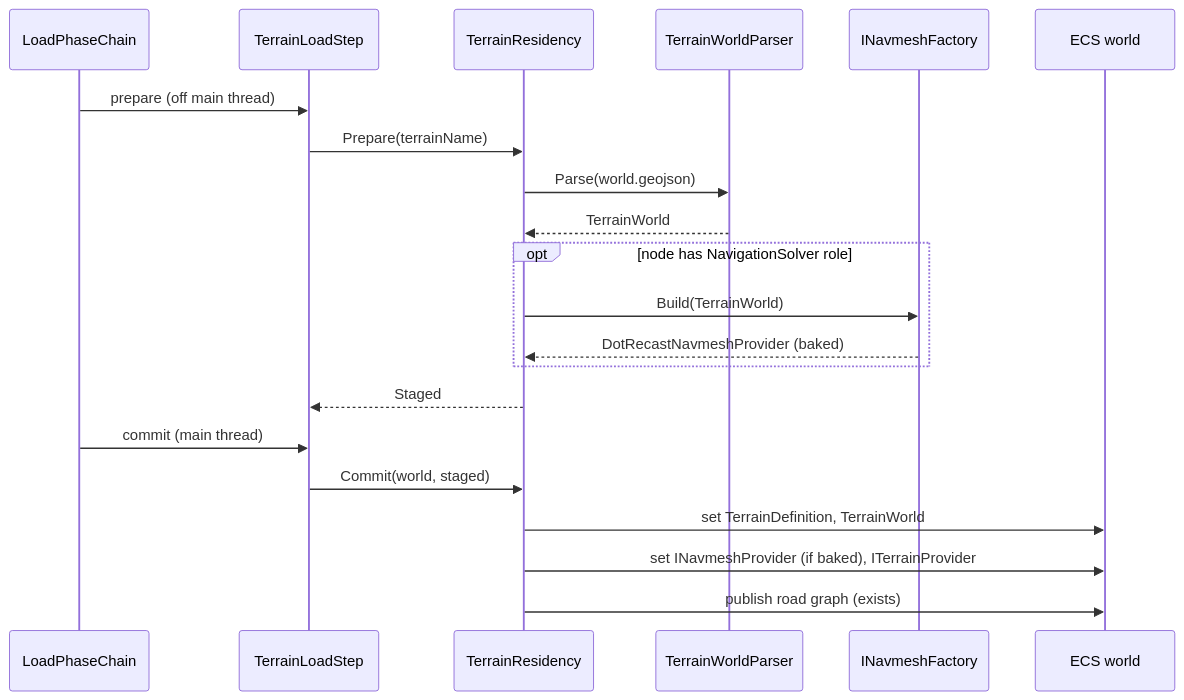
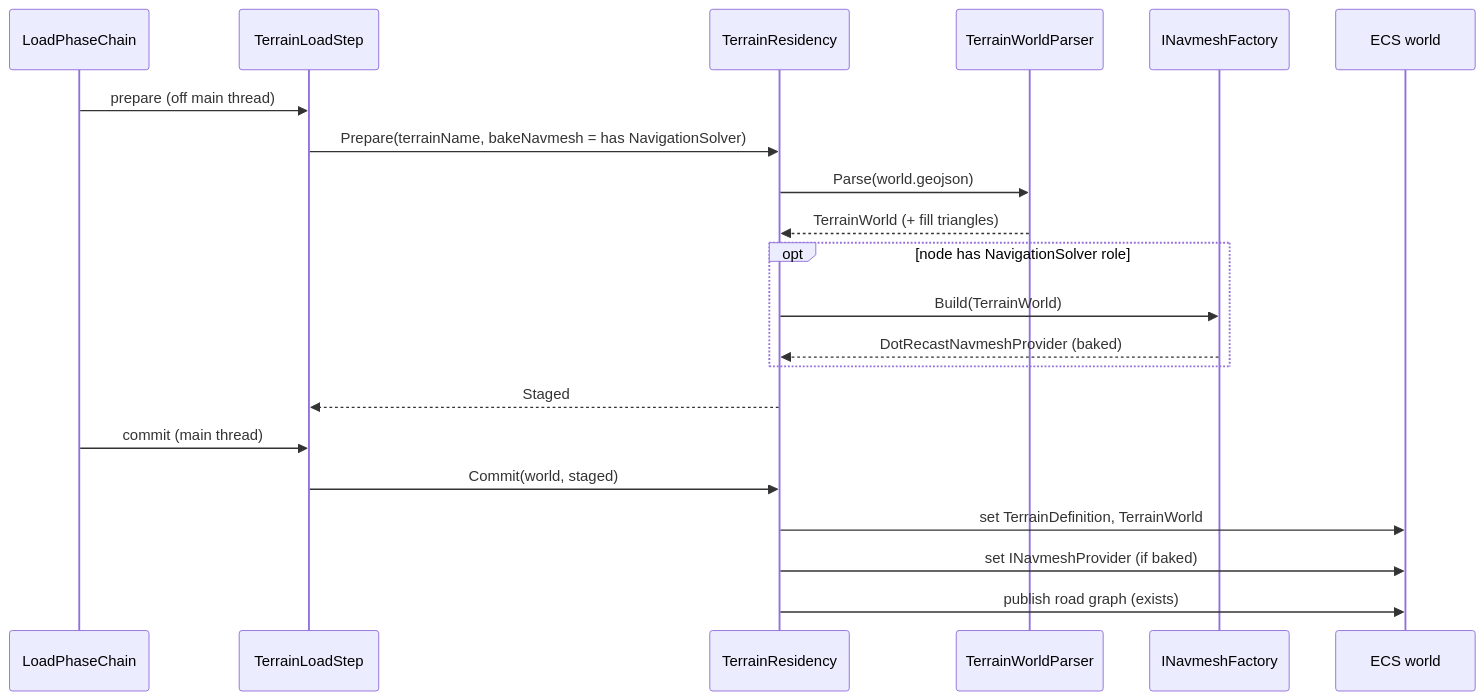
Before and after one commit to pjanec/HROT: the second of 5 diagrams in docs/DESIGN_Terrain_World.md, drawn with Mermaid. The commit also changed other lines of this file and 3 other files, not shown here.

First line of the commit message:
DESIGN_Terrain_World: fold the user's W rulings (R-182) — CGF=editor load+draw the world, filled triangles, posture eye height, Z-up nav APIs, movement model sets Z; CE-3013 (live route axis swap), CE-3014 filed

````diff
--- a/docs/DESIGN_Terrain_World.md
+++ b/docs/DESIGN_Terrain_World.md
@@ -173,23 +191,23 @@
 ```mermaid
 sequenceDiagram
   participant C as LoadPhaseChain
   participant S as TerrainLoadStep
   participant R as TerrainResidency
   participant P as TerrainWorldParser
   participant F as INavmeshFactory
   participant W as ECS world
   C->>S: prepare (off main thread)
-  S->>R: Prepare(terrainName)
+  S->>R: Prepare(terrainName, bakeNavmesh = has NavigationSolver)
   R->>P: Parse(world.geojson)
-  P-->>R: TerrainWorld
+  P-->>R: TerrainWorld (+ fill triangles)
   opt node has NavigationSolver role
     R->>F: Build(TerrainWorld)
     F-->>R: DotRecastNavmeshProvider (baked)
   end
   R-->>S: Staged
   C->>S: commit (main thread)
   S->>R: Commit(world, staged)
   R->>W: set TerrainDefinition, TerrainWorld
-  R->>W: set INavmeshProvider (if baked), ITerrainProvider
+  R->>W: set INavmeshProvider (if baked)
   R->>W: publish road graph (exists)
 ```
````
